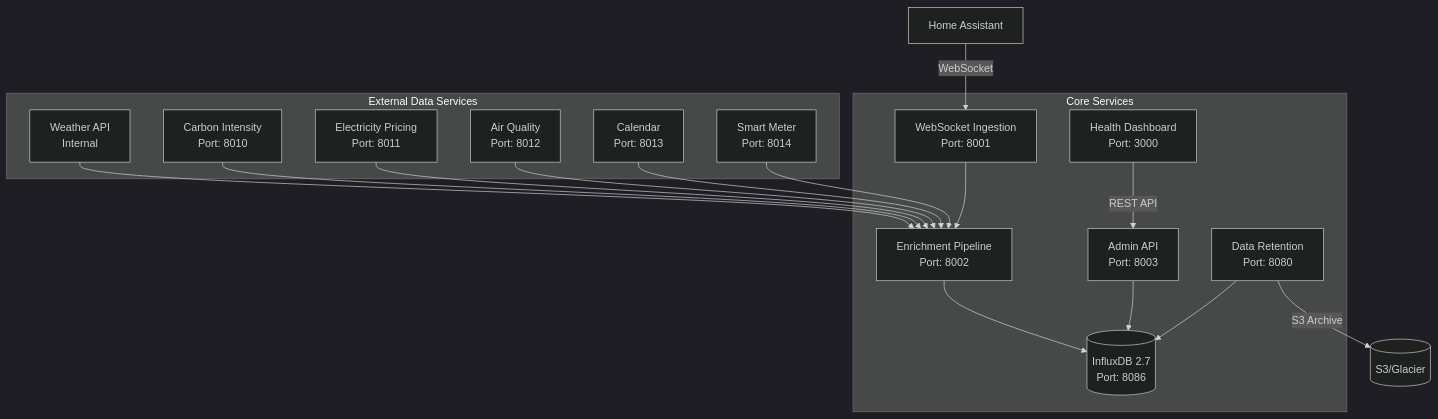
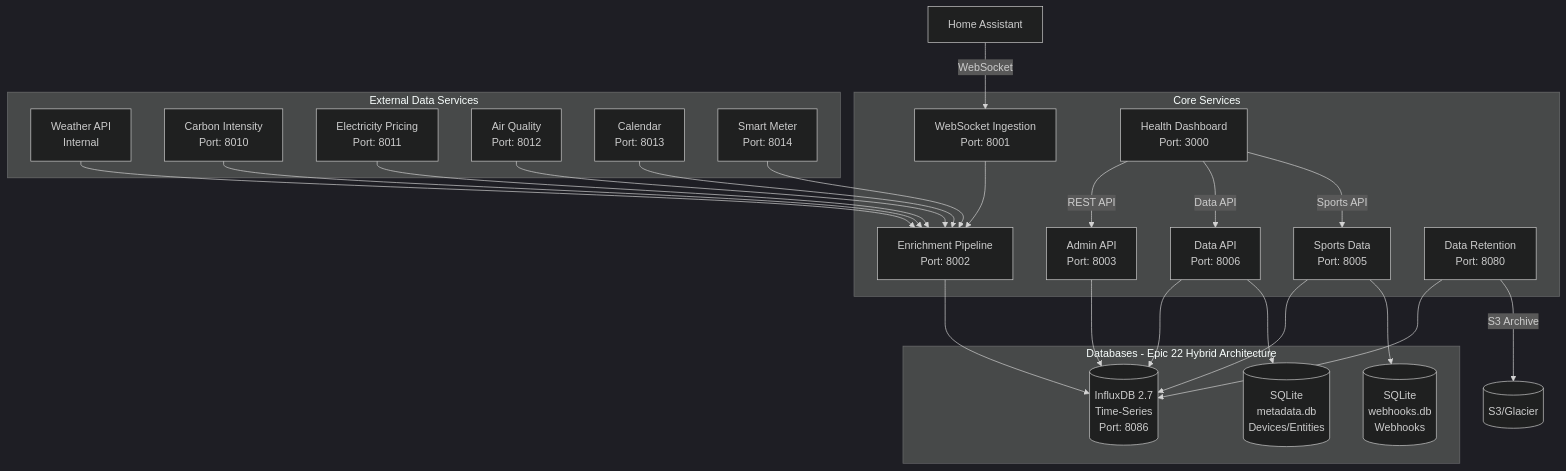
The diagram in docs/architecture.md (wtthornton/ha-ingestor), drawn with Mermaid (dark theme) before and after one commit. The commit also changed other lines of this file, not shown here.

Commit message:
Enhance architecture diagram to prominently show SQLite databases
Made SQLite databases more visible in main architecture diagram:

Changes:
- Split SQLite into two explicit nodes (SQLITE1, SQLITE2)
- Added labels showing database files (metadata.db, webhooks.db)
- Added sports-data service to diagram (was missing)
- Created dedicated 'Databases - Epic 22 Hybrid Architecture' subgraph
- Added SQLite to core services table

Benefits:
- Hybrid architecture now immediately visible
- Clear what each SQLite database stores
- All 3 databases grouped together
- Sports-data service connections shown

The diagram now clearly shows:
- InfluxDB: Time-series (events, metrics, sports)
- SQLite metadata.db: Devices and entities (data-api)
- SQLite webhooks.db: Game event subscriptions (sports-data)

````diff
--- a/docs/architecture.md
+++ b/docs/architecture.md
@@ -20,37 +21,51 @@
 ```mermaid
 graph TB
     HA[Home Assistant] -->|WebSocket| WS[WebSocket Ingestion<br/>Port: 8001]
     WS --> ENRICH[Enrichment Pipeline<br/>Port: 8002]
-    ENRICH --> INFLUX[(InfluxDB 2.7<br/>Port: 8086)]
+    ENRICH --> INFLUX[(InfluxDB 2.7<br/>Time-Series<br/>Port: 8086)]
     
     DASH[Health Dashboard<br/>Port: 3000] -->|REST API| ADMIN[Admin API<br/>Port: 8003]
+    DASH -->|Data API| DATA[Data API<br/>Port: 8006]
+    DASH -->|Sports API| SPORTS[Sports Data<br/>Port: 8005]
+    
     ADMIN --> INFLUX
+    DATA --> INFLUX
+    DATA --> SQLITE1[(SQLite<br/>metadata.db<br/>Devices/Entities)]
+    SPORTS --> INFLUX
+    SPORTS --> SQLITE2[(SQLite<br/>webhooks.db<br/>Webhooks)]
     
     WEATHER[Weather API<br/>Internal] --> ENRICH
     CARBON[Carbon Intensity<br/>Port: 8010] --> ENRICH
     PRICING[Electricity Pricing<br/>Port: 8011] --> ENRICH
     AIRQ[Air Quality<br/>Port: 8012] --> ENRICH
     CAL[Calendar<br/>Port: 8013] --> ENRICH
     METER[Smart Meter<br/>Port: 8014] --> ENRICH
     
     RETENTION[Data Retention<br/>Port: 8080] --> INFLUX
     RETENTION -->|S3 Archive| S3[(S3/Glacier)]
     
     subgraph "Core Services"
         WS
         ENRICH
         ADMIN
+        DATA
+        SPORTS
         DASH
         RETENTION
+    end
+    
+    subgraph "Databases - Epic 22 Hybrid Architecture"
         INFLUX
+        SQLITE1
+        SQLITE2
     end
     
     subgraph "External Data Services"
         WEATHER
         CARBON
         PRICING
         AIRQ
         CAL
         METER
     end
 ```
````
